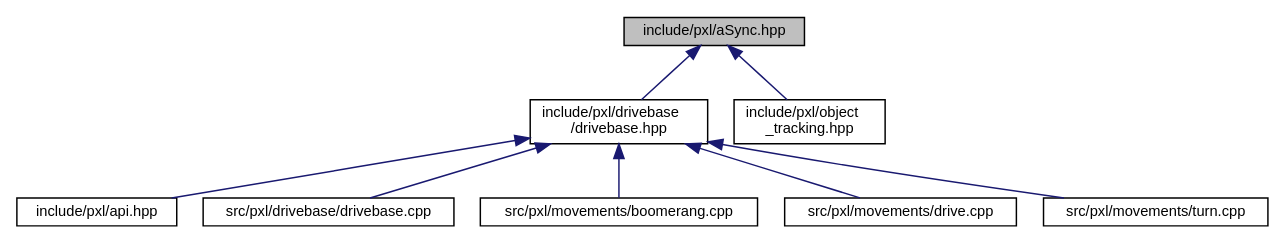
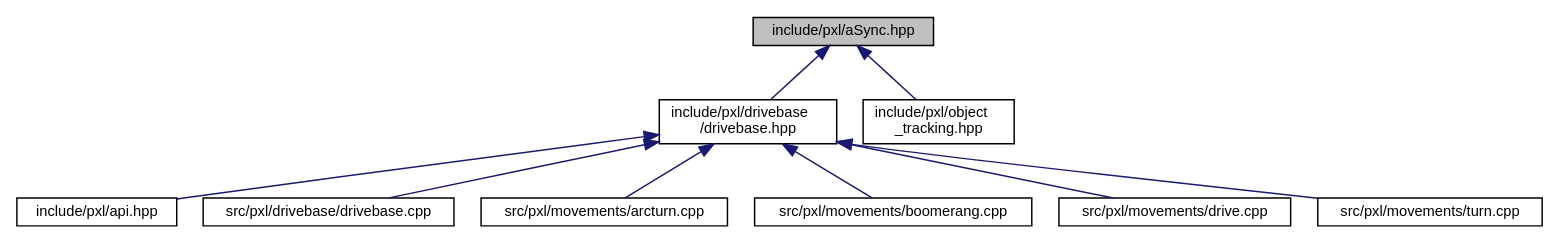
The diagram in aSync_8hpp__dep__incl.dot (Pixel-Lib/Pixel), drawn with Graphviz before and after one commit. The commit also changed 256 other files, not shown here.

```diff
--- a/aSync_8hpp__dep__incl.dot
+++ b/aSync_8hpp__dep__incl.dot
@@ -1,21 +1,23 @@
 digraph "include/pxl/aSync.hpp"
 {
  // LATEX_PDF_SIZE
   edge [fontname="Helvetica",fontsize="10",labelfontname="Helvetica",labelfontsize="10"];
   node [fontname="Helvetica",fontsize="10",shape=record];
   Node1 [label="include/pxl/aSync.hpp",height=0.2,width=0.4,color="black", fillcolor="grey75", style="filled", fontcolor="black",tooltip=" "];
   Node1 -> Node2 [dir="back",color="midnightblue",fontsize="10",style="solid",fontname="Helvetica"];
   Node2 [label="include/pxl/drivebase\l/drivebase.hpp",height=0.2,width=0.4,color="black", fillcolor="white", style="filled",URL="$drivebase_8hpp.html",tooltip=" "];
   Node2 -> Node3 [dir="back",color="midnightblue",fontsize="10",style="solid",fontname="Helvetica"];
   Node3 [label="include/pxl/api.hpp",height=0.2,width=0.4,color="black", fillcolor="white", style="filled",URL="$api_8hpp.html",tooltip=" "];
   Node2 -> Node4 [dir="back",color="midnightblue",fontsize="10",style="solid",fontname="Helvetica"];
   Node4 [label="src/pxl/drivebase/drivebase.cpp",height=0.2,width=0.4,color="black", fillcolor="white", style="filled",URL="$drivebase_8cpp.html",tooltip=" "];
   Node2 -> Node5 [dir="back",color="midnightblue",fontsize="10",style="solid",fontname="Helvetica"];
-  Node5 [label="src/pxl/movements/boomerang.cpp",height=0.2,width=0.4,color="black", fillcolor="white", style="filled",URL="$boomerang_8cpp.html",tooltip=" "];
+  Node5 [label="src/pxl/movements/arcturn.cpp",height=0.2,width=0.4,color="black", fillcolor="white", style="filled",URL="$arcturn_8cpp.html",tooltip=" "];
   Node2 -> Node6 [dir="back",color="midnightblue",fontsize="10",style="solid",fontname="Helvetica"];
-  Node6 [label="src/pxl/movements/drive.cpp",height=0.2,width=0.4,color="black", fillcolor="white", style="filled",URL="$drive_8cpp.html",tooltip=" "];
+  Node6 [label="src/pxl/movements/boomerang.cpp",height=0.2,width=0.4,color="black", fillcolor="white", style="filled",URL="$boomerang_8cpp.html",tooltip=" "];
   Node2 -> Node7 [dir="back",color="midnightblue",fontsize="10",style="solid",fontname="Helvetica"];
-  Node7 [label="src/pxl/movements/turn.cpp",height=0.2,width=0.4,color="black", fillcolor="white", style="filled",URL="$turn_8cpp.html",tooltip=" "];
-  Node1 -> Node8 [dir="back",color="midnightblue",fontsize="10",style="solid",fontname="Helvetica"];
-  Node8 [label="include/pxl/object\l_tracking.hpp",height=0.2,width=0.4,color="black", fillcolor="white", style="filled",URL="$object__tracking_8hpp.html",tooltip=" "];
+  Node7 [label="src/pxl/movements/drive.cpp",height=0.2,width=0.4,color="black", fillcolor="white", style="filled",URL="$drive_8cpp.html",tooltip=" "];
+  Node2 -> Node8 [dir="back",color="midnightblue",fontsize="10",style="solid",fontname="Helvetica"];
+  Node8 [label="src/pxl/movements/turn.cpp",height=0.2,width=0.4,color="black", fillcolor="white", style="filled",URL="$turn_8cpp.html",tooltip=" "];
+  Node1 -> Node9 [dir="back",color="midnightblue",fontsize="10",style="solid",fontname="Helvetica"];
+  Node9 [label="include/pxl/object\l_tracking.hpp",height=0.2,width=0.4,color="black", fillcolor="white", style="filled",URL="$object__tracking_8hpp.html",tooltip=" "];
 }
```
